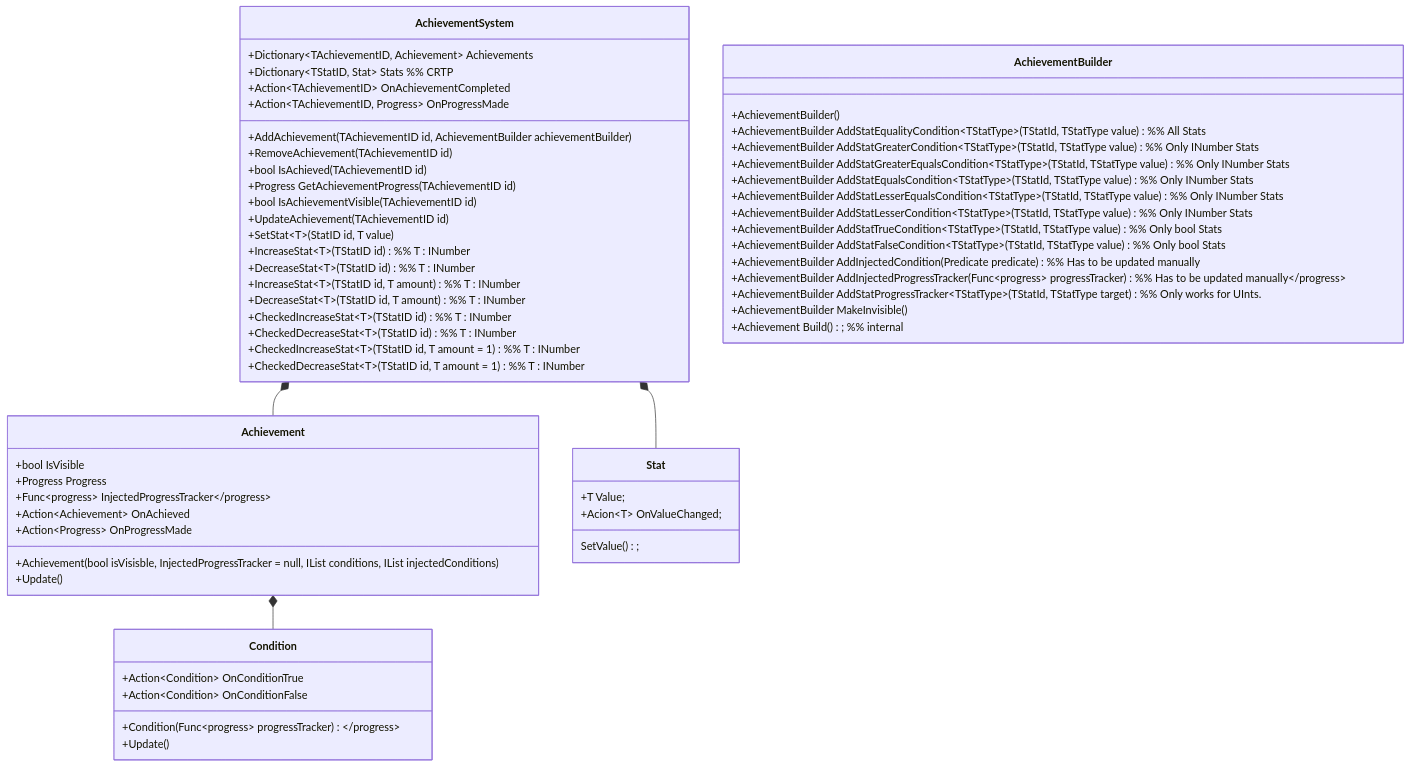
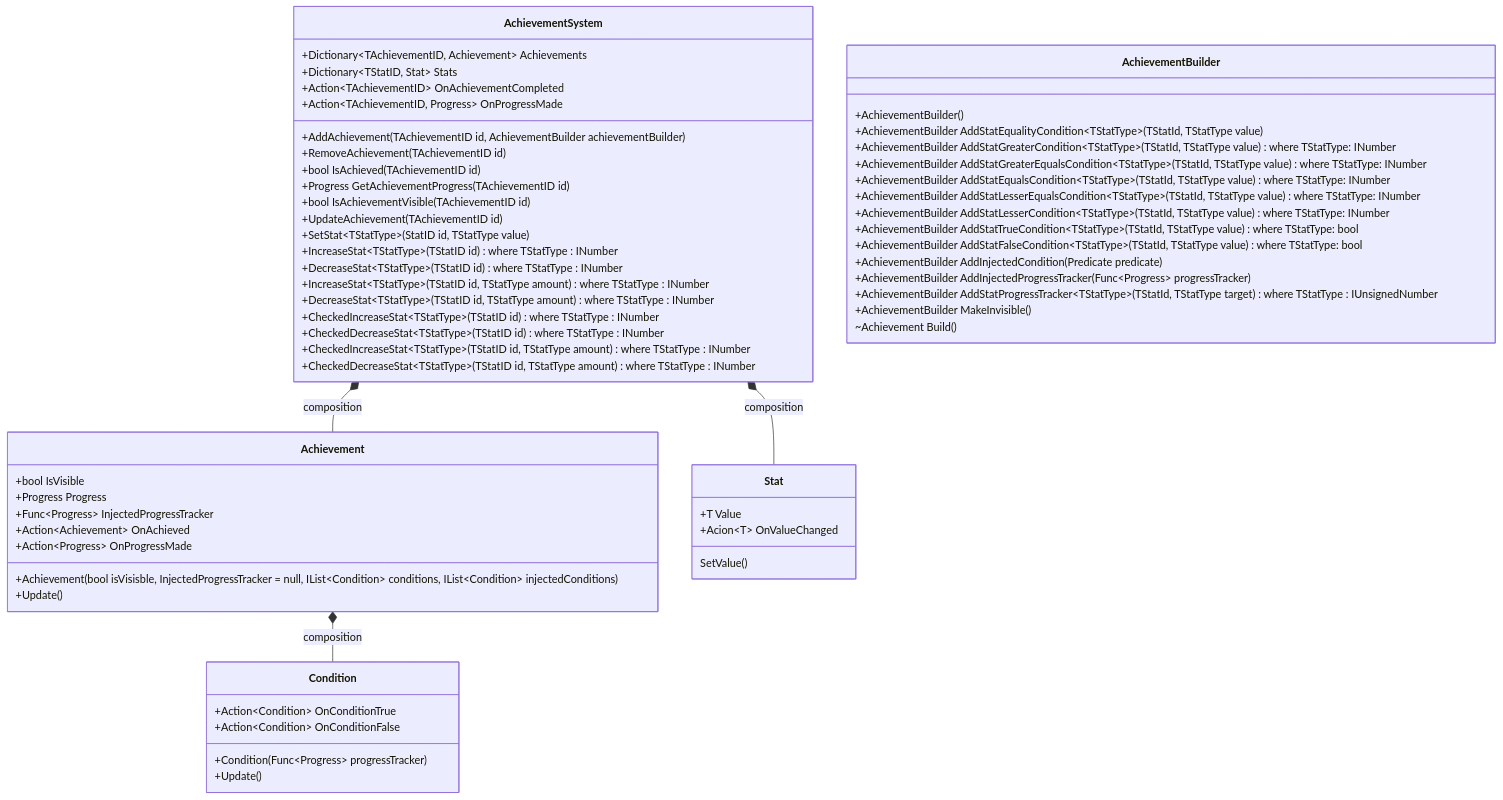
Before and after one commit to MDH-GD-1022/documentation: the diagram in docs/achievement-system/project-structure.md, drawn with Mermaid.

Commit message:
Cleaned up the mermaid

````diff
--- a/docs/achievement-system/project-structure.md
+++ b/docs/achievement-system/project-structure.md
@@ -1,65 +1,68 @@
 ```mermaid
 classDiagram
-    AchievementSystem *-- Achievement
-    Achievement *-- Condition
-    AchievementSystem *-- Stat
+    AchievementSystem *-- Achievement : composition
+    Achievement *-- Condition : composition
+    AchievementSystem *-- Stat : composition
 
     class AchievementSystem~TStatID, TAchievementID~{
       +Dictionary~TAchievementID, Achievement~ Achievements
-      +Dictionary~TStatID, Stat~ Stats %% CRTP
+      +Dictionary~TStatID, Stat~ Stats
       +Action~TAchievementID~ OnAchievementCompleted
       +Action~TAchievementID, Progress~ OnProgressMade
       +AddAchievement(TAchievementID id, AchievementBuilder achievementBuilder)
       +RemoveAchievement(TAchievementID id)
       +bool IsAchieved(TAchievementID id)
       +Progress GetAchievementProgress(TAchievementID id)
       +bool IsAchievementVisible(TAchievementID id)
       +UpdateAchievement(TAchievementID id)
-      +SetStat~T~(StatID id, T value)
-      +IncreaseStat~T~(TStatID id) %% T : INumber
-      +DecreaseStat~T~(TStatID id) %% T : INumber
-      +IncreaseStat~T~(TStatID id, T amount) %% T : INumber
-      +DecreaseStat~T~(TStatID id, T amount) %% T : INumber
-      +CheckedIncreaseStat~T~(TStatID id) %% T : INumber
-      +CheckedDecreaseStat~T~(TStatID id) %% T : INumber
-      +CheckedIncreaseStat~T~(TStatID id, T amount = 1) %% T : INumber
-      +CheckedDecreaseStat~T~(TStatID id, T amount = 1) %% T : INumber
+      +SetStat~TStatType~(StatID id, TStatType value)
+      +IncreaseStat~TStatType~(TStatID id) where TStatType : INumber
+      +DecreaseStat~TStatType~(TStatID id) where TStatType : INumber
+      +IncreaseStat~TStatType~(TStatID id, TStatType amount) where TStatType : INumber
+      +DecreaseStat~TStatType~(TStatID id, TStatType amount) where TStatType : INumber
+      +CheckedIncreaseStat~TStatType~(TStatID id) where TStatType : INumber
+      +CheckedDecreaseStat~TStatType~(TStatID id) where TStatType : INumber
+      +CheckedIncreaseStat~TStatType~(TStatID id, TStatType amount) where TStatType : INumber
+      +CheckedDecreaseStat~TStatType~(TStatID id, TStatType amount) where TStatType : INumber
     }
 
     class AchievementBuilder{
         +AchievementBuilder()
-        +AchievementBuilder AddStatEqualityCondition~TStatType~(TStatId, TStatType value) %% All Stats
-        +AchievementBuilder AddStatGreaterCondition~TStatType~(TStatId, TStatType value)  %% Only INumber Stats
-        +AchievementBuilder AddStatGreaterEqualsCondition~TStatType~(TStatId, TStatType value)  %% Only INumber Stats
-        +AchievementBuilder AddStatEqualsCondition~TStatType~(TStatId, TStatType value) %% Only INumber Stats
-        +AchievementBuilder AddStatLesserEqualsCondition~TStatType~(TStatId, TStatType value)  %% Only INumber Stats
-        +AchievementBuilder AddStatLesserCondition~TStatType~(TStatId, TStatType value)  %% Only INumber Stats
-        +AchievementBuilder AddStatTrueCondition~TStatType~(TStatId, TStatType value)  %% Only bool Stats
-        +AchievementBuilder AddStatFalseCondition~TStatType~(TStatId, TStatType value) %% Only bool Stats
-        +AchievementBuilder AddInjectedCondition(Predicate predicate) %% Has to be updated manually
-        +AchievementBuilder AddInjectedProgressTracker(Func<Progress> progressTracker) %% Has to be updated manually
-        +AchievementBuilder AddStatProgressTracker~TStatType~(TStatId, TStatType target) %% Only works for UInts.
+        +AchievementBuilder AddStatEqualityCondition~TStatType~(TStatId, TStatType value)
+        +AchievementBuilder AddStatGreaterCondition~TStatType~(TStatId, TStatType value) where TStatType: INumber
+        +AchievementBuilder AddStatGreaterEqualsCondition~TStatType~(TStatId, TStatType value) where TStatType: INumber
+        +AchievementBuilder AddStatEqualsCondition~TStatType~(TStatId, TStatType value) where TStatType: INumber
+        +AchievementBuilder AddStatLesserEqualsCondition~TStatType~(TStatId, TStatType value) where TStatType: INumber
+        +AchievementBuilder AddStatLesserCondition~TStatType~(TStatId, TStatType value) where TStatType: INumber
+        +AchievementBuilder AddStatTrueCondition~TStatType~(TStatId, TStatType value) where TStatType: bool
+        +AchievementBuilder AddStatFalseCondition~TStatType~(TStatId, TStatType value) where TStatType: bool
+        +AchievementBuilder AddInjectedCondition(Predicate predicate)
+        +AchievementBuilder AddInjectedProgressTracker(Func~Progress~ progressTracker)
+        +AchievementBuilder AddStatProgressTracker~TStatType~(TStatId, TStatType target) where TStatType : IUnsignedNumber
         +AchievementBuilder MakeInvisible()
-        +Achievement Build(); %% internal
+        ~Achievement Build()
     }
+
     class Stat~T~{
-        +T Value;
-        SetValue();
-        +Acion~T~ OnValueChanged;
+        +T Value
+        SetValue()
+        +Acion~T~ OnValueChanged
     }
+
     class Achievement{
         +bool IsVisible
         +Progress Progress
-        +Func<Progress> InjectedProgressTracker
+        +Func~Progress~ InjectedProgressTracker
         +Action~Achievement~ OnAchieved
         +Action~Progress~ OnProgressMade
-        +Achievement(bool isVisisble, InjectedProgressTracker = null, IList<Condition> conditions, IList<Condition> injectedConditions)
+        +Achievement(bool isVisisble, InjectedProgressTracker = null, IList~Condition~ conditions, IList~Condition~ injectedConditions)
         +Update()
     }
+
     class Condition{
         +Action~Condition~ OnConditionTrue
         +Action~Condition~ OnConditionFalse
-        +Condition(Func<Progress> progressTracker)
+        +Condition(Func~Progress~ progressTracker)
         +Update()
     }
 ```
````
